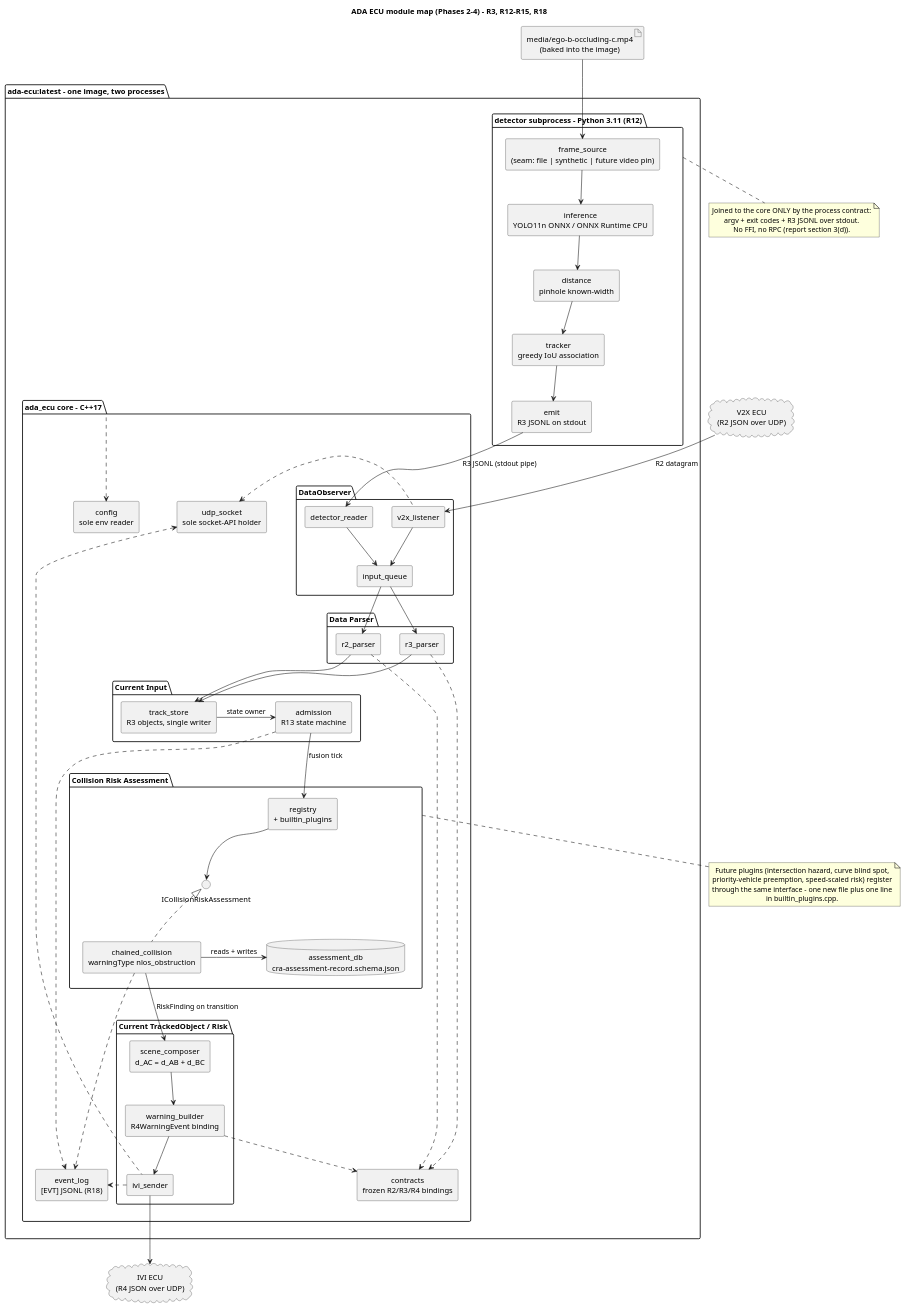
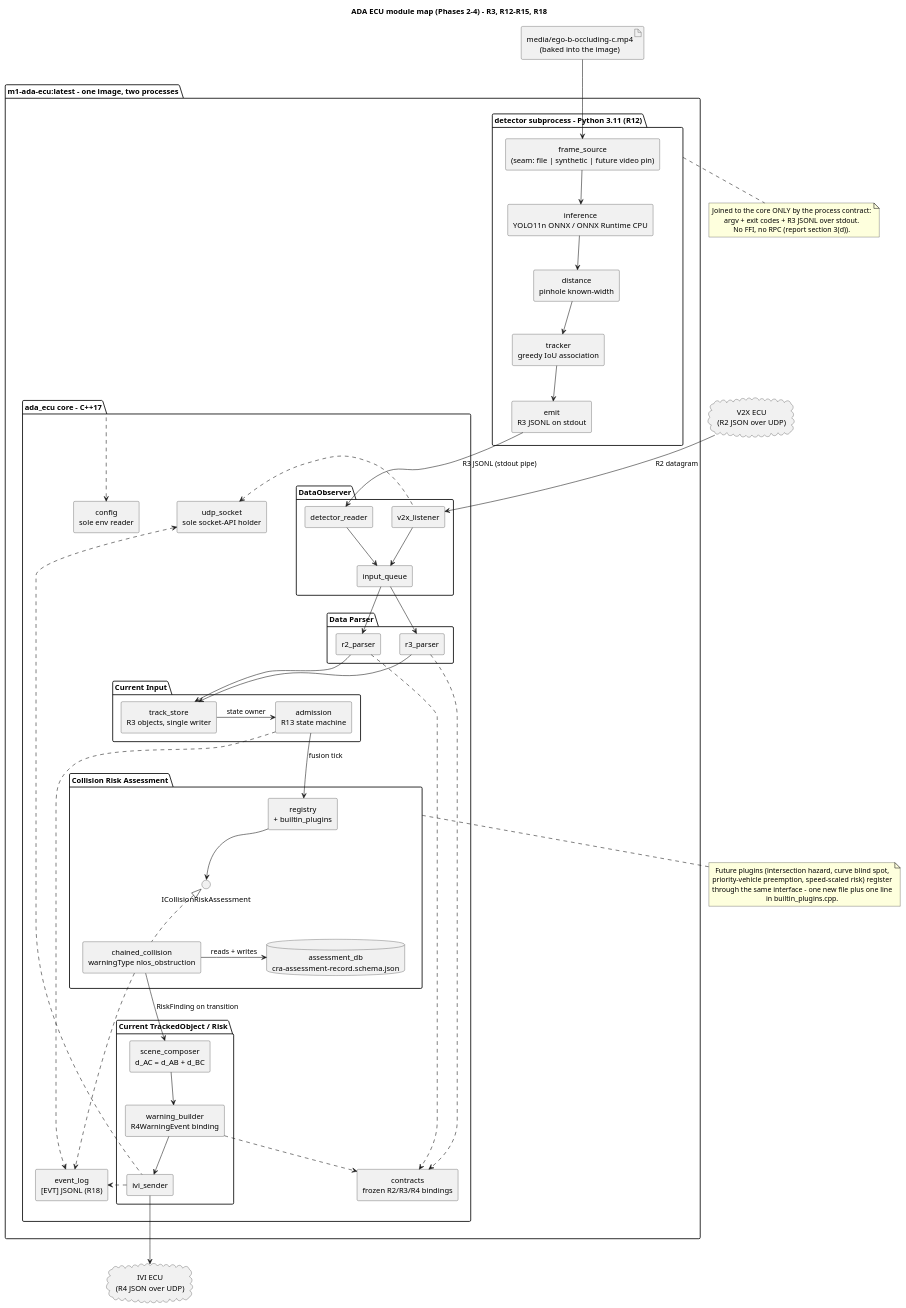
One commit to mnpham2101/FPT-Hackathon2026 changed the diagram in ADA_ECU/doc/phase2-4-ada-ecu-components.puml. Above: the diagram before and after it, drawn with PlantUML. The commit also changed 6 other files, not shown here.

First line of the commit message:
[5] docs: name the ADA image m1-ada-ecu everywhere it is written

```diff
--- a/ADA_ECU/doc/phase2-4-ada-ecu-components.puml
+++ b/ADA_ECU/doc/phase2-4-ada-ecu-components.puml
@@ -1,112 +1,112 @@
 @startuml phase2-4-ada-ecu-components
 ' ADA ECU component map - source for ada-ecu-hld.md section 3 (The component architecture).
 ' Block names follow requirements/ada-ecu.svg: DataObserver -> Data Parser -> Current Input
 ' -> Collision Risk Assessment -> Current TrackedObject/Risk.
 
 title ADA ECU module map (Phases 2-4) - R3, R12-R15, R18
 
 skinparam componentStyle rectangle
 skinparam shadowing false
 skinparam defaultTextAlignment center
 
 cloud "V2X ECU\n(R2 JSON over UDP)" as V2X
 artifact "media/ego-b-occluding-c.mp4\n(baked into the image)" as CLIP
 cloud "IVI ECU\n(R4 JSON over UDP)" as IVI
 
-package "ada-ecu:latest - one image, two processes" {
+package "m1-ada-ecu:latest - one image, two processes" {
 
   package "detector subprocess - Python 3.11 (R12)" as DET {
     component "frame_source\n(seam: file | synthetic | future video pin)" as FS
     component "inference\nYOLO11n ONNX / ONNX Runtime CPU" as INF
     component "distance\npinhole known-width" as DIST
     component "tracker\ngreedy IoU association" as TRK
     component "emit\nR3 JSONL on stdout" as EMIT
     FS -down-> INF
     INF -down-> DIST
     DIST -down-> TRK
     TRK -down-> EMIT
   }
 
   package "ada_ecu core - C++17" as CORE {
 
     package "DataObserver" as OBS {
       component "v2x_listener" as VL
       component "detector_reader" as DR
       component "input_queue" as IQ
     }
 
     package "Data Parser" as PAR {
       component "r2_parser" as R2P
       component "r3_parser" as R3P
     }
 
     package "Current Input" as CUR {
       component "track_store\nR3 objects, single writer" as TS
       component "admission\nR13 state machine" as ADM
     }
 
     package "Collision Risk Assessment" as CRA {
       interface "ICollisionRiskAssessment" as ICRA
       component "registry\n+ builtin_plugins" as REG
       component "chained_collision\nwarningType nlos_obstruction" as CC
       database "assessment_db\ncra-assessment-record.schema.json" as DB
     }
 
     package "Current TrackedObject / Risk" as OUT {
       component "scene_composer\nd_AC = d_AB + d_BC" as SC
       component "warning_builder\nR4WarningEvent binding" as WB
       component "ivi_sender" as IS
     }
 
     component "config\nsole env reader" as CFG
     component "event_log\n[EVT] JSONL (R18)" as LOG
     component "udp_socket\nsole socket-API holder" as SOCK
     component "contracts\nfrozen R2/R3/R4 bindings" as CON
   }
 }
 
 CLIP -down-> FS
 EMIT -down-> DR : "R3 JSONL (stdout pipe)"
 V2X -down-> VL : "R2 datagram"
 
 VL -down-> IQ
 DR -down-> IQ
 IQ -down-> R2P
 IQ -down-> R3P
 R2P -down-> TS
 R3P -down-> TS
 TS -right-> ADM : "state owner"
 
 ADM -down-> REG : "fusion tick"
 REG -down-> ICRA
 CC .up.|> ICRA
 CC -right-> DB : "reads + writes"
 CC -down-> SC : "RiskFinding on transition"
 SC -down-> WB
 WB -down-> IS
 IS -down-> IVI
 
 VL .left.> SOCK
 IS .left.> SOCK
 R2P .down.> CON
 R3P .down.> CON
 WB .down.> CON
 CORE .down.> CFG
 ADM .right.> LOG
 CC .right.> LOG
 IS .right.> LOG
 
 note bottom of DET
   Joined to the core ONLY by the process contract:
   argv + exit codes + R3 JSONL over stdout.
   No FFI, no RPC (report section 3(d)).
 end note
 
 note bottom of CRA
   Future plugins (intersection hazard, curve blind spot,
   priority-vehicle preemption, speed-scaled risk) register
   through the same interface - one new file plus one line
   in builtin_plugins.cpp.
 end note
 
 @enduml
```
